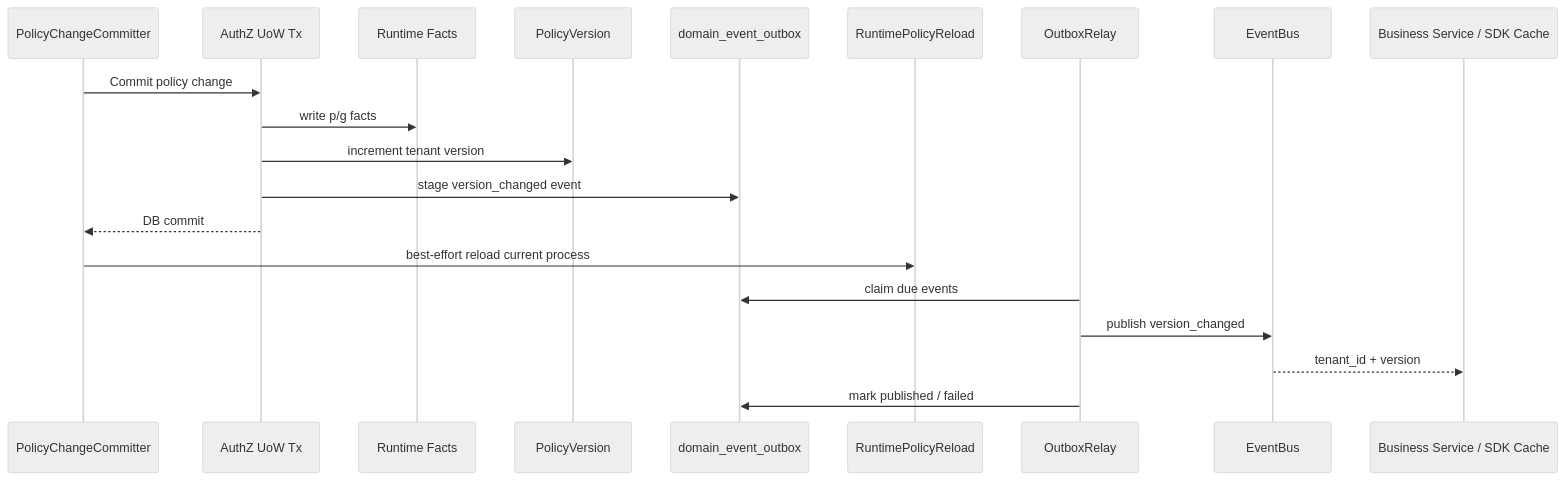
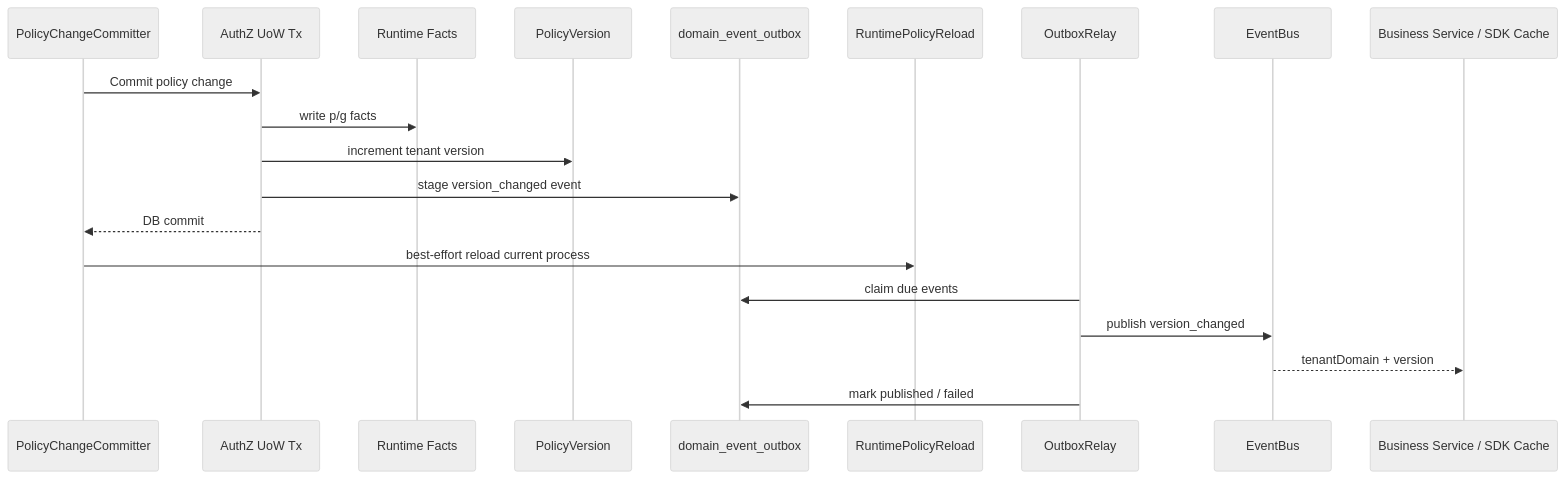
One commit to FangcunMount/iam changed diagram 16 of 35 in docs/07-宣讲/12-架构图素材索引.md. Above: the diagram before and after it, drawn with Mermaid (neutral theme). The commit also changed other lines of this file and 16 other files, not shown here.

````diff
--- a/docs/07-宣讲/12-架构图素材索引.md
+++ b/docs/07-宣讲/12-架构图素材索引.md
@@ -888,24 +906,24 @@
 ```mermaid
 sequenceDiagram
     participant App as PolicyChangeCommitter
     participant Tx as AuthZ UoW Tx
     participant Facts as Runtime Facts
     participant Version as PolicyVersion
     participant Outbox as domain_event_outbox
     participant Runtime as RuntimePolicyReload
     participant Relay as OutboxRelay
     participant Bus as EventBus
     participant Consumer as Business Service / SDK Cache
 
     App->>Tx: Commit policy change
     Tx->>Facts: write p/g facts
     Tx->>Version: increment tenant version
     Tx->>Outbox: stage version_changed event
     Tx-->>App: DB commit
     App->>Runtime: best-effort reload current process
 
     Relay->>Outbox: claim due events
     Relay->>Bus: publish version_changed
-    Bus-->>Consumer: tenant_id + version
+    Bus-->>Consumer: tenantDomain + version
     Relay->>Outbox: mark published / failed
 ```
````
